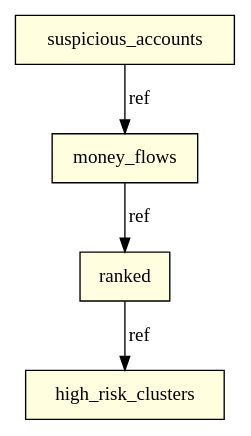
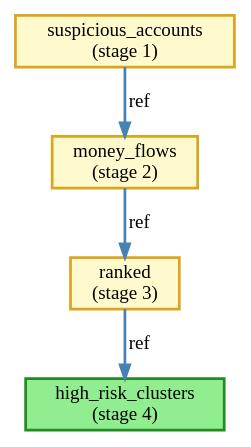
One commit to graphistry/pygraphistry changed the seventh of 7 diagrams in docs/source/gfql/about.rst. Above: the diagram before and after it, drawn with Graphviz. The commit also changed other lines of this file, not shown here.

First line of the commit message:
docs(gfql): improve diagram styling with bold fills and hex colors

```diff
--- a/docs/source/gfql/about.rst
+++ b/docs/source/gfql/about.rst
@@ -446,13 +475,15 @@
 .. graphviz::
 
    digraph let_dag {
        rankdir=TB;
-       node [shape=box, style=filled, fillcolor=lightyellow];
-       suspicious [label="suspicious_accounts"];
-       flows [label="money_flows"];
-       ranked [label="ranked"];
-       clusters [label="high_risk_clusters"];
-       suspicious -> flows [label="ref"];
-       flows -> ranked [label="ref"];
-       ranked -> clusters [label="ref"];
+       node [shape=box, style="filled,bold", fillcolor="#FFFACD", penwidth=2, color="#DAA520"];
+
+       suspicious [label="suspicious_accounts\n(stage 1)"];
+       flows [label="money_flows\n(stage 2)"];
+       ranked [label="ranked\n(stage 3)"];
+       clusters [label="high_risk_clusters\n(stage 4)", fillcolor="#90EE90", color="#228B22"];
+
+       suspicious -> flows [label="ref", style=bold, color="#4682B4", penwidth=2];
+       flows -> ranked [label="ref", style=bold, color="#4682B4", penwidth=2];
+       ranked -> clusters [label="ref", style=bold, color="#4682B4", penwidth=2];
    }
```
